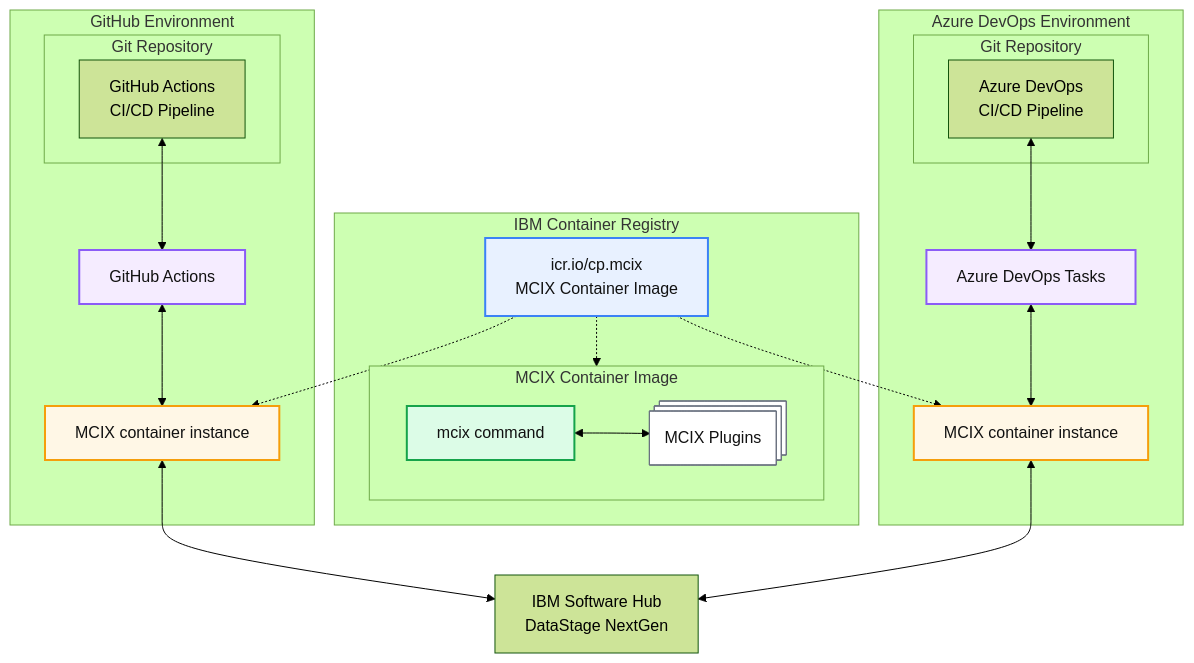
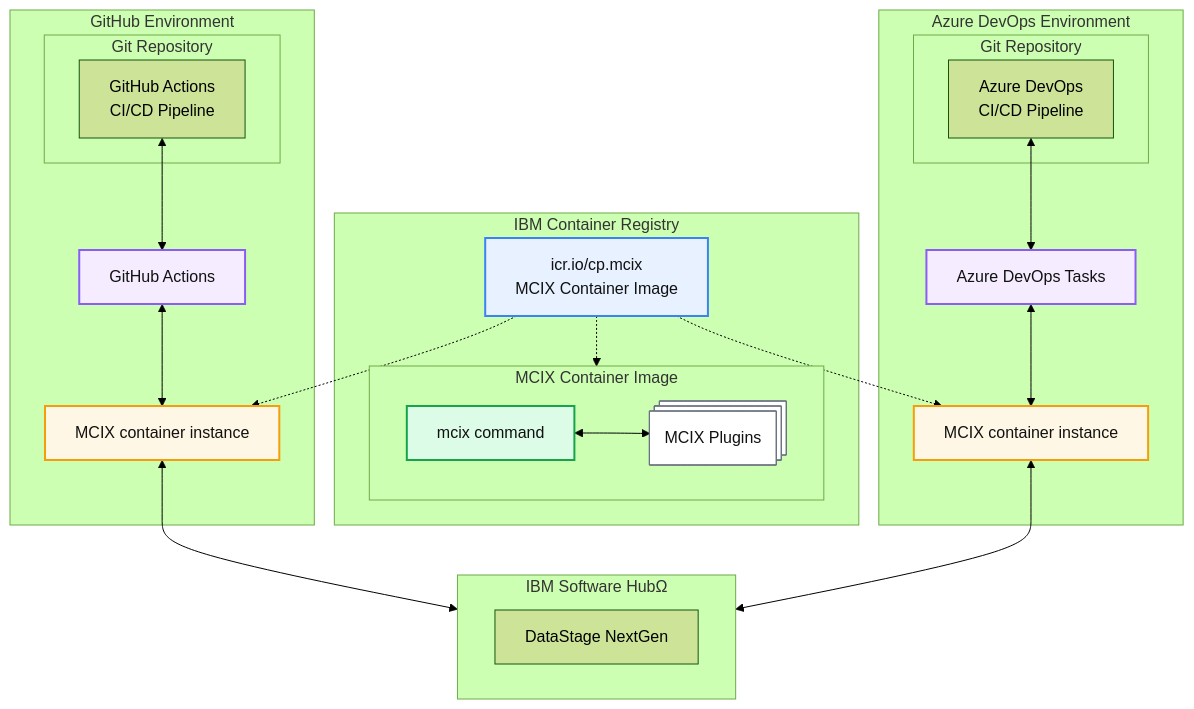
Before and after one commit to MettleCI/mcix: the diagram in ARCHITECTURE.md, drawn with Mermaid (forest theme).

Commit message:
Update CPD subgraph in architecture documentation

````diff
--- a/ARCHITECTURE.md
+++ b/ARCHITECTURE.md
@@ -1,81 +1,83 @@
 ```mermaid
   flowchart TD
 
   %% =========================
   %% Styles
   %% =========================
   classDef registry fill:#e8f1ff,stroke:#3b82f6,stroke-width:2px,color:#111;
   classDef image fill:#eefbf3,stroke:#22c55e,stroke-width:2px,color:#111;
   classDef runtime fill:#fff7e6,stroke:#f59e0b,stroke-width:2px,color:#111;
   classDef tooling fill:#f5ecff,stroke:#8b5cf6,stroke-width:2px,color:#111;
   classDef plugin fill:#ffffff,stroke:#6b7280,stroke-width:1px,color:#111;
   classDef command fill:#dcfce7,stroke:#16a34a,stroke-width:2px,color:#111;
 
   %% =========================
   %% GitHub environment
   %% =========================
   subgraph GH["GitHub Environment"]
       subgraph GHREPO["Git Repository"]
         GHPIPE["GitHub Actions<br/>CI/CD Pipeline"]
       end
       GHCONT["MCIX container instance"]
       GHA["GitHub Actions"]
   end
   class GHA tooling
   class GHCONT runtime
 
   %% GH Tooling references 
   GHPIPE <--> GHA
   GHA <--> GHCONT
 
   %% =========================
   %% Registry
   %% =========================
   subgraph REG["IBM Container Registry"]
       ICR["icr.io/cp.mcix<br/>MCIX Container Image"]
 
       %% Image internals
       subgraph IMG["MCIX Container Image"]
           MCIX["mcix command"]
           PLUGINS@{ shape: procs, label: "MCIX Plugins"}
       end
       class MCIX command
       class PLUGINS plugin
       class IMG image
 
   end
   class ICR registry
 
   ICR -.-> IMG
   MCIX <--> PLUGINS
 
-  CPD["IBM Software Hub<br/>DataStage NextGen"]
+  subgraph CPD["IBM Software HubΩ"]
+    DATASTAGE["DataStage NextGen"]
+  end
 
   %% =========================
   %% Azure DevOps environment
   %% =========================
   subgraph ADO["Azure DevOps Environment"]
       subgraph ADOREPO["Git Repository"]
         ADOPIPE["Azure DevOps<br/>CI/CD Pipeline"]
       end
       ADOT["Azure DevOps Tasks"]
       ADOCONT["MCIX container instance"]
   end
   class ADOT tooling
   class ADOCONT runtime
 
   %% =========================
   %% Distribution from registry
   %% =========================
   ICR -.-> GHCONT
   ICR -.-> ADOCONT
 
   %% ADO Tooling references 
   ADOPIPE <--> ADOT
   ADOT <--> ADOCONT
 
   %% Action/Task links to CPD
   GHCONT <--> CPD
   ADOCONT <--> CPD
 
 ```
````
